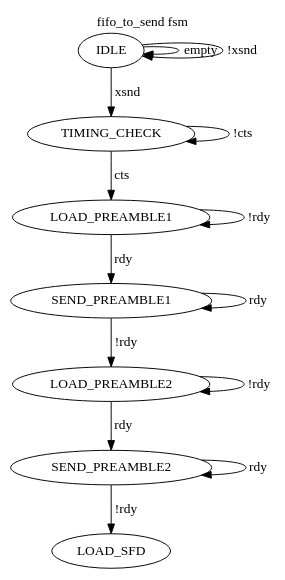
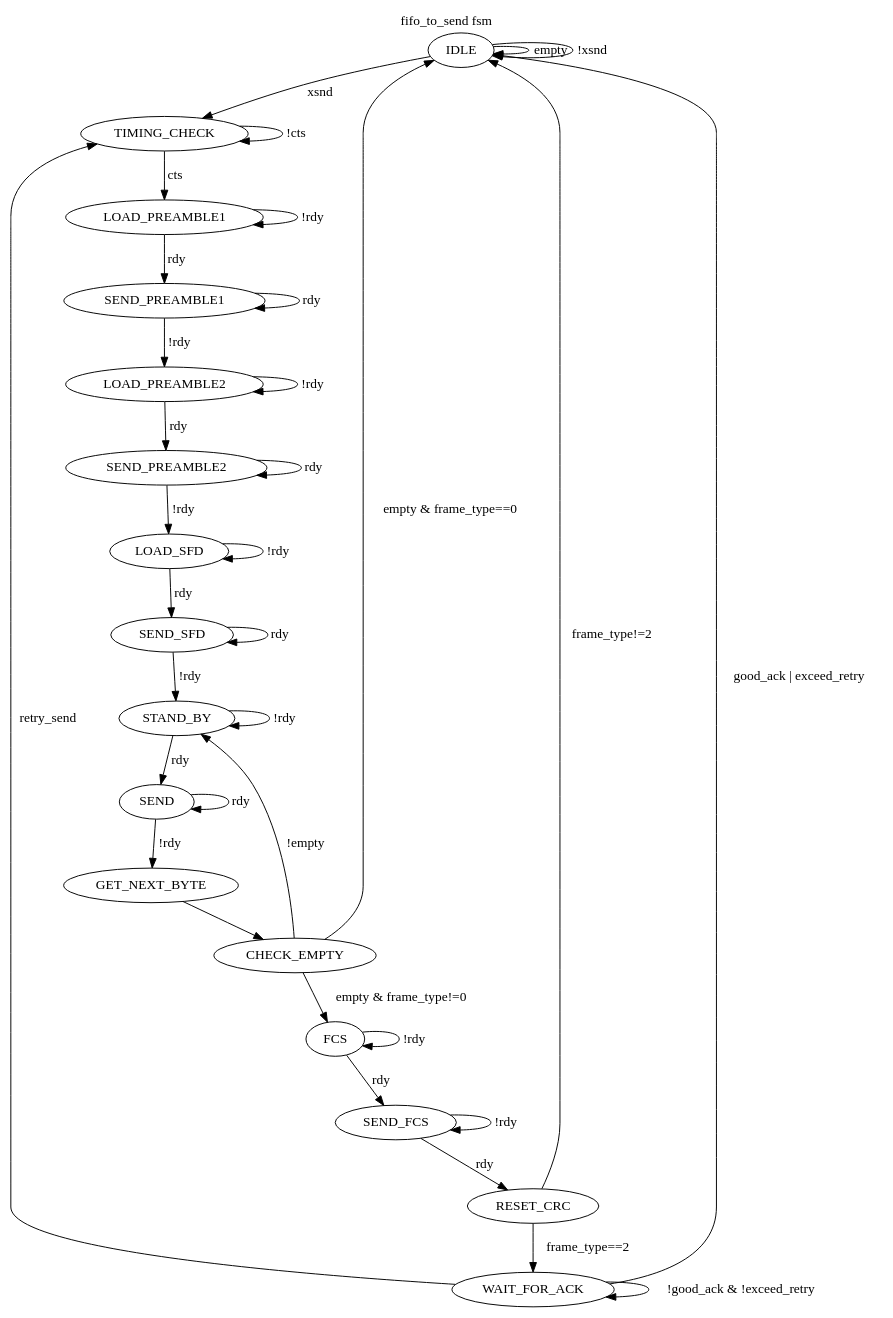
One commit to Gregf36665/WimpFi changed the diagram in FSMs/fifo_to_send.gv. Above: the diagram before and after it, drawn with Graphviz. The commit also changed 17 other files, not shown here.

Commit message:
Added FSM diagrams

```diff
--- a/FSMs/fifo_to_send.gv
+++ b/FSMs/fifo_to_send.gv
@@ -1,28 +1,60 @@
 digraph G {
 	nodesep = 0.5;
 	label="fifo_to_send fsm"
 	labelloc="t";
 	
 
 	IDLE->IDLE [label="empty"];
 	IDLE->IDLE [label="!xsnd"];
 	IDLE->TIMING_CHECK [label="xsnd"];
 
 	TIMING_CHECK->LOAD_PREAMBLE1 [label="cts"];
 	TIMING_CHECK->TIMING_CHECK [label="!cts"];
 
 	LOAD_PREAMBLE1->SEND_PREAMBLE1 [label="rdy"];
 	LOAD_PREAMBLE1->LOAD_PREAMBLE1 [label="!rdy"];
 
 	SEND_PREAMBLE1->LOAD_PREAMBLE2 [label="!rdy"];
 	SEND_PREAMBLE1->SEND_PREAMBLE1 [label="rdy"];
 
 	LOAD_PREAMBLE2->SEND_PREAMBLE2 [label="rdy"];
 	LOAD_PREAMBLE2->LOAD_PREAMBLE2 [label="!rdy"];
 
 	SEND_PREAMBLE2->SEND_PREAMBLE2 [label="rdy"];
 	SEND_PREAMBLE2->LOAD_SFD [label="!rdy"];
 
+	LOAD_SFD->LOAD_SFD [label="!rdy"];
+	LOAD_SFD->SEND_SFD [label="rdy"];
+
+	SEND_SFD->STAND_BY [label="!rdy"];
+	SEND_SFD->SEND_SFD [label="rdy"];
+
+	STAND_BY->SEND [label="rdy"];
+	STAND_BY->STAND_BY [label="!rdy"];
+
+	SEND->SEND [label=rdy];
+	SEND->GET_NEXT_BYTE [label="!rdy"];
+
+	GET_NEXT_BYTE->CHECK_EMPTY;
+	
+	CHECK_EMPTY->IDLE [label="empty & frame_type==0"];
+	CHECK_EMPTY->FCS [label="empty & frame_type!=0"];
+	CHECK_EMPTY->STAND_BY [label="!empty"];
+
+	FCS->SEND_FCS [label="rdy"];
+	FCS->FCS [label="!rdy"];
+
+	SEND_FCS->SEND_FCS [label="!rdy"];
+	SEND_FCS->RESET_CRC [label="rdy"];
+
+	RESET_CRC->WAIT_FOR_ACK [label="frame_type==2"];
+	RESET_CRC->IDLE [label="frame_type!=2"];
+
+	WAIT_FOR_ACK->TIMING_CHECK [label="retry_send"];
+	WAIT_FOR_ACK->IDLE [label="good_ack | exceed_retry"];
+	WAIT_FOR_ACK->WAIT_FOR_ACK [label="!good_ack & !exceed_retry"];
+
+
 
 
 }
```
